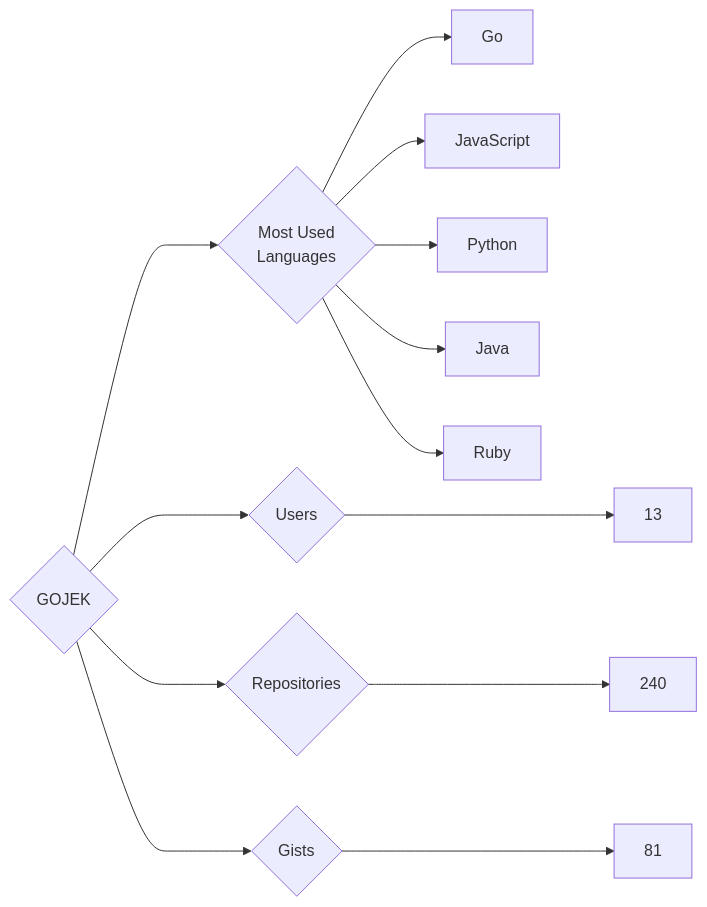
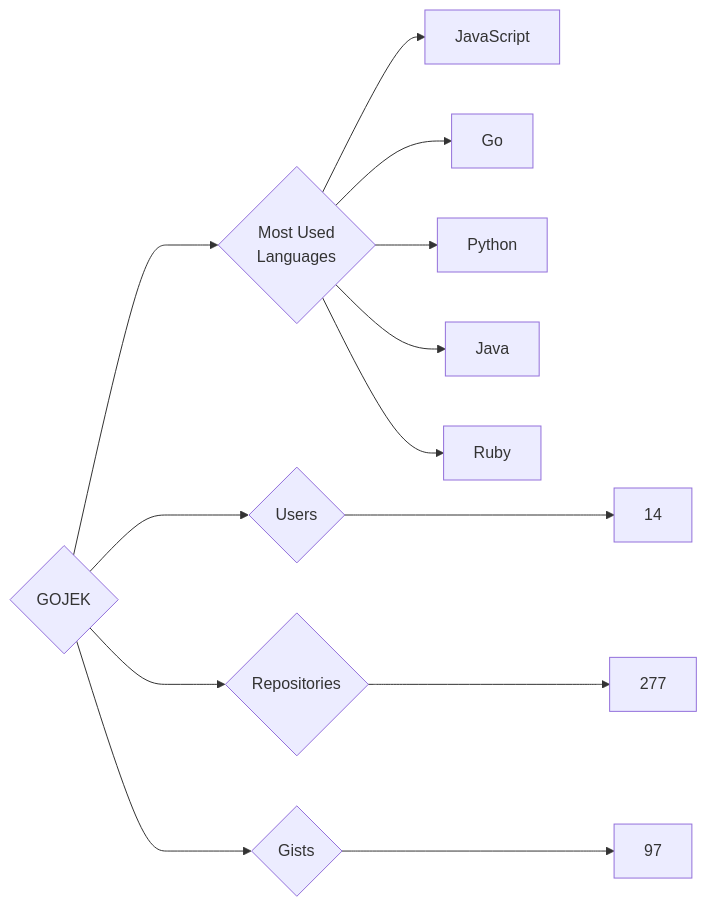
Before and after one commit to trickest/insiders: the diagram in targets/GOJEK/README.md, drawn with Mermaid. The commit also changed 916 other files, not shown here.

````diff
--- a/targets/GOJEK/README.md
+++ b/targets/GOJEK/README.md
@@ -3,13 +3,13 @@
 ```mermaid
 graph LR
 COMPANY_NAME{GOJEK}
-COMPANY_NAME ---> U{Users} ---> UN[13]
-COMPANY_NAME ---> R{Repositories} ---> RN[240]
-COMPANY_NAME ---> G{Gists} ---> GN[81]
+COMPANY_NAME ---> U{Users} ---> UN[14]
+COMPANY_NAME ---> R{Repositories} ---> RN[277]
+COMPANY_NAME ---> G{Gists} ---> GN[97]
 COMPANY_NAME ---> ML{Most Used<br>Languages}
+ML --> JavaScript[JavaScript]
 ML --> Go[Go]
-ML --> JavaScript[JavaScript]
 ML --> Python[Python]
 ML --> Java[Java]
 ML --> Ruby[Ruby]
 ```
````
